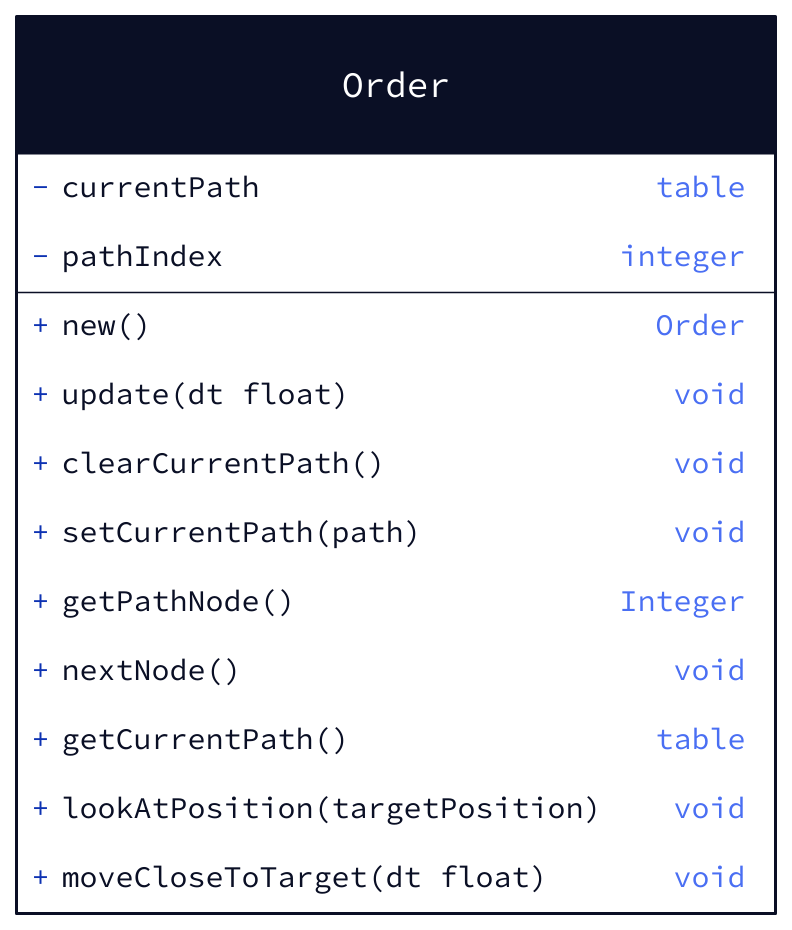
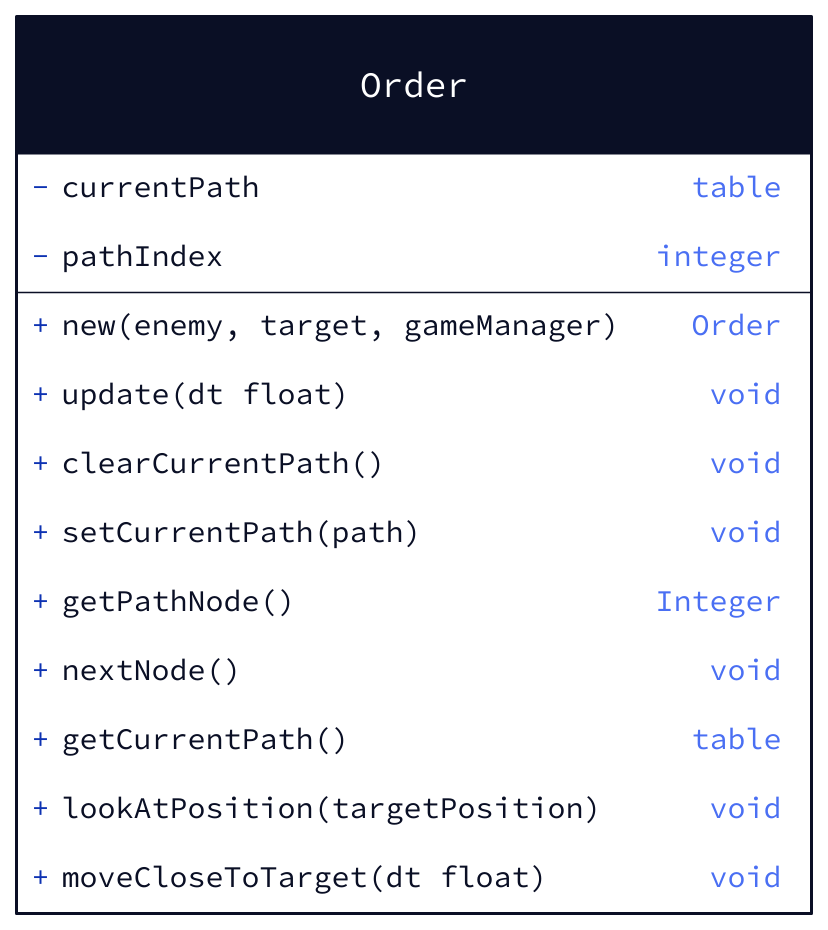
Before and after one commit to valcriss/gamingcampus-m1-lua-battletank: the diagram in docs/order.d2, drawn with D2. The commit also changed 1 other file, not shown here.

```diff
--- a/docs/order.d2
+++ b/docs/order.d2
@@ -1,17 +1,17 @@
 Order: {
   shape: class
 
   -currentPath: table
   -pathIndex: integer
 
-  +new(): Order
+  +new(enemy, target, gameManager): Order
 
   +update(dt float): void
   +clearCurrentPath(): void
   +setCurrentPath(path): void
   +getPathNode(): Integer
   +nextNode(): void
   +getCurrentPath(): table
   +lookAtPosition(targetPosition): void
   +moveCloseToTarget(dt float): void
 }
```
